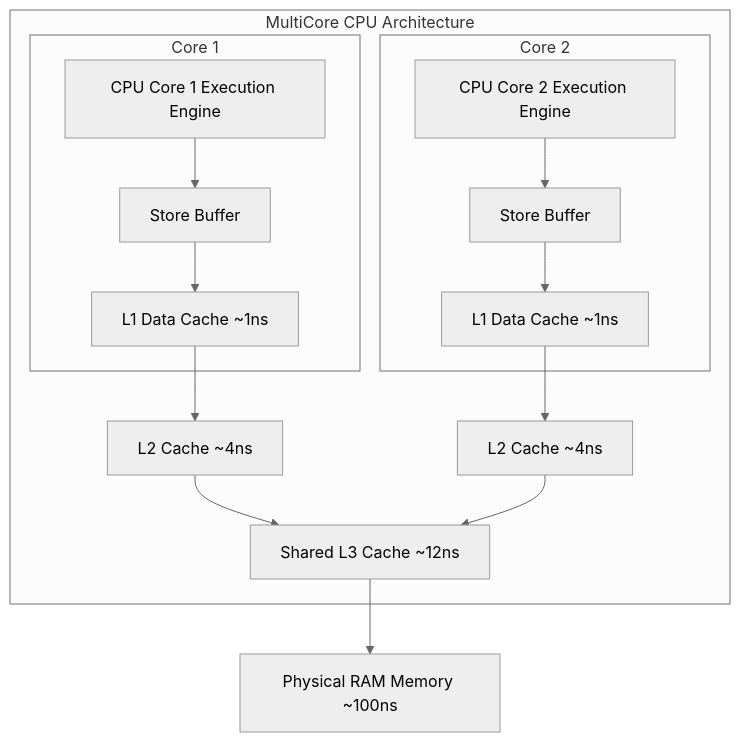
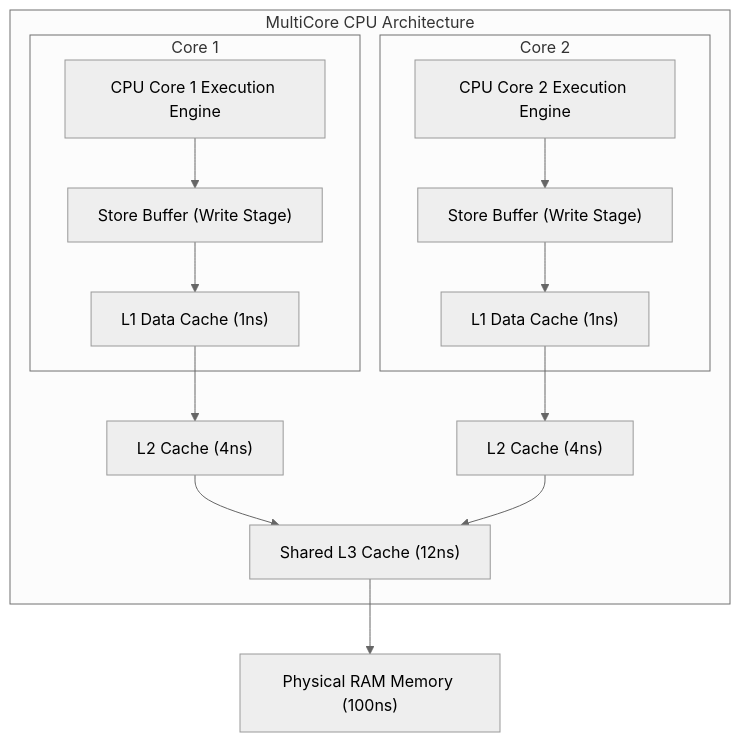
Before and after one commit to weaponxwolf/backend-engineering-mastry: the first of 8 diagrams in docs/java/concurrency-jvm.mdx, drawn with Mermaid (neutral theme). The commit also changed other lines of this file and 14 other files, not shown here.

Commit message:
docs: refactor and expand JPA and Hibernate architecture guide with physical memory and performance insights

````diff
--- a/docs/java/concurrency-jvm.mdx
+++ b/docs/java/concurrency-jvm.mdx
@@ -21,23 +20,23 @@
 ```mermaid
 graph TD
     subgraph MultiCore CPU Architecture
         subgraph Core 1
-            ALU1[CPU Core 1 Execution Engine]
-            L1_1[L1 Data Cache ~1ns]
-            SB1[Store Buffer]
+            ALU1["CPU Core 1 Execution Engine"]
+            L1_1["L1 Data Cache (1ns)"]
+            SB1["Store Buffer (Write Stage)"]
         end
         subgraph Core 2
-            ALU2[CPU Core 2 Execution Engine]
-            L1_2[L1 Data Cache ~1ns]
-            SB2[Store Buffer]
+            ALU2["CPU Core 2 Execution Engine"]
+            L1_2["L1 Data Cache (1ns)"]
+            SB2["Store Buffer (Write Stage)"]
         end
-        L2_1[L2 Cache ~4ns]
-        L2_2[L2 Cache ~4ns]
-        L3[Shared L3 Cache ~12ns]
+        L2_1["L2 Cache (4ns)"]
+        L2_2["L2 Cache (4ns)"]
+        L3["Shared L3 Cache (12ns)"]
     end
-    RAM[Physical RAM Memory ~100ns]
+    RAM["Physical RAM Memory (100ns)"]
 
     ALU1 --> SB1 --> L1_1 --> L2_1 --> L3
     ALU2 --> SB2 --> L1_2 --> L2_2 --> L3
     L3 --> RAM
 ```
````
